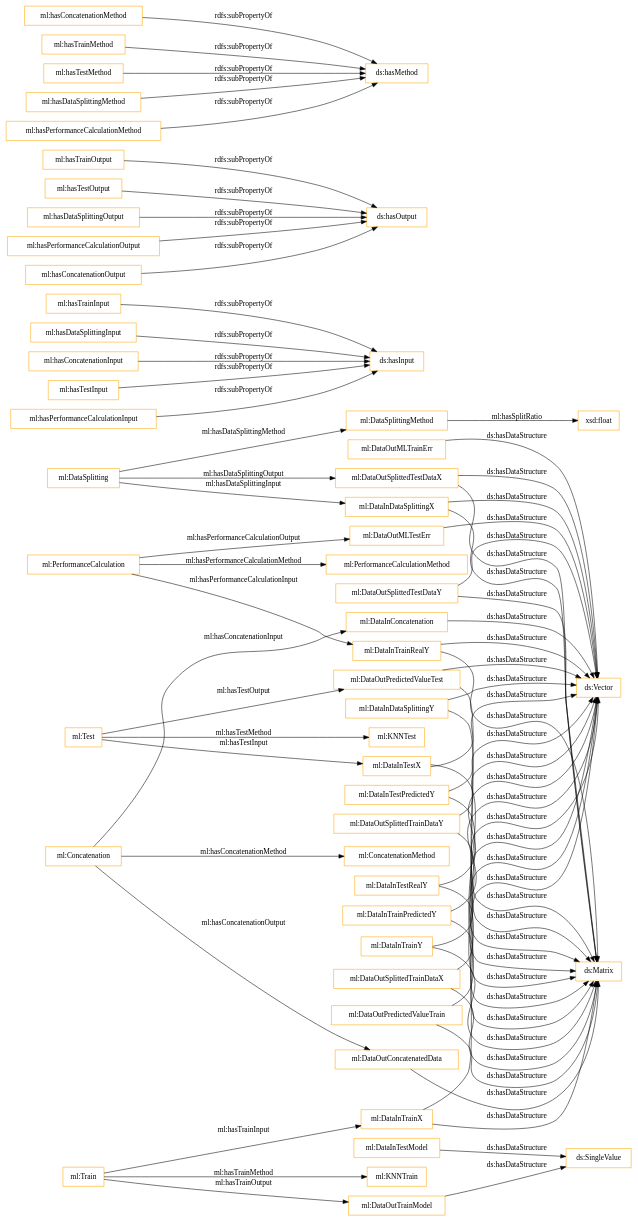
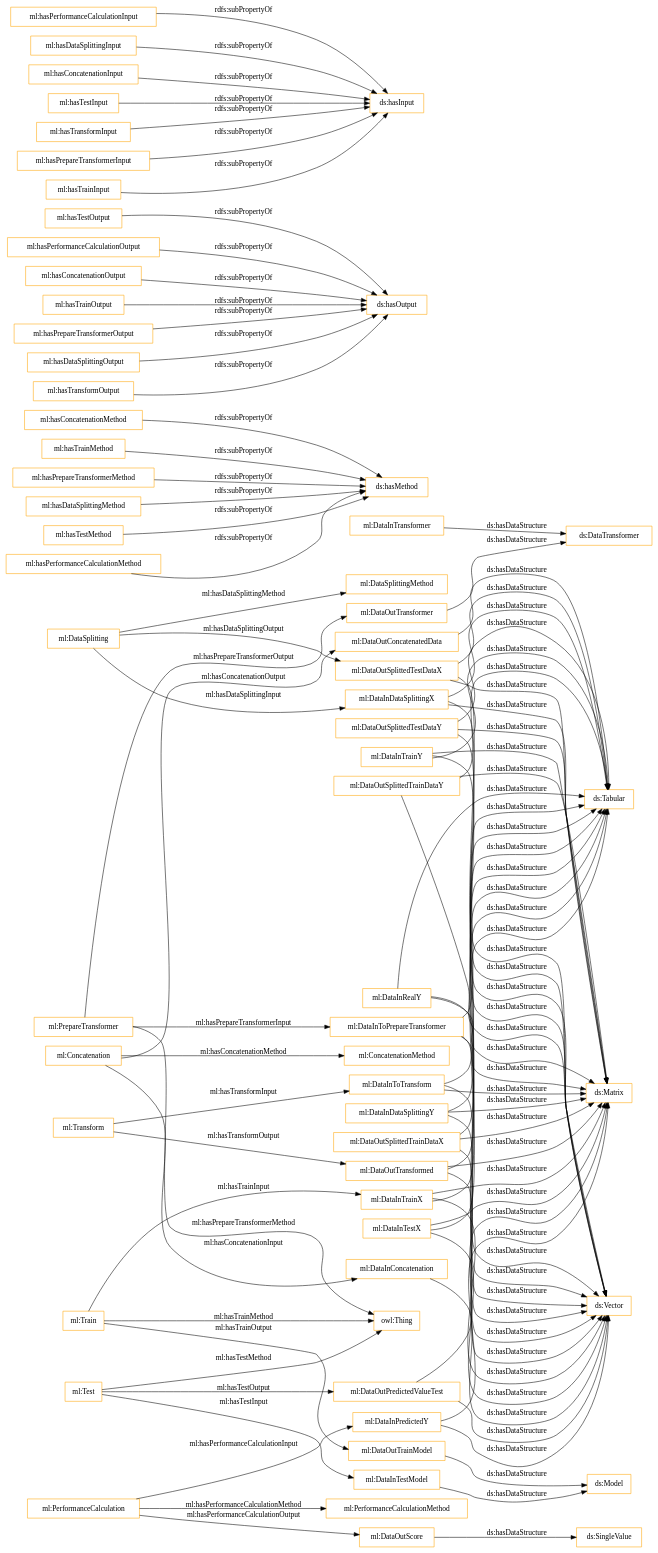
The diagram in OnToology/ml_exeKGOntology.ttl/diagrams/ar2dtool-class/ml_exeKGOntology.ttl.png.dot (nsai-uio/ExeKGOntology), drawn with Graphviz before and after one commit. The commit also changed 63 other files, not shown here.

```diff
--- a/OnToology/ml_exeKGOntology.ttl/diagrams/ar2dtool-class/ml_exeKGOntology.ttl.png.dot
+++ b/OnToology/ml_exeKGOntology.ttl/diagrams/ar2dtool-class/ml_exeKGOntology.ttl.png.dot
@@ -1,73 +1,96 @@
 digraph ar2dtool_diagram { 
 rankdir=LR;
 size="1501"
-node [shape = rectangle, color="orange"]; "ml:DataInTestPredictedY" "ml:DataInDataSplittingY" "ml:DataInTrainY" "ml:DataOutSplittedTestDataX" "ml:PerformanceCalculationMethod" "ml:Concatenation" "ml:ConcatenationMethod" "ml:DataInTestModel" "ml:DataOutPredictedValueTrain" "ml:DataOutMLTrainErr" "ml:DataInTestRealY" "ml:DataInTrainX" "ml:DataOutConcatenatedData" "ml:DataSplitting" "ml:KNNTest" "ml:Test" "ml:DataInDataSplittingX" "ml:DataSplittingMethod" "ml:Train" "ml:PerformanceCalculation" "ml:DataOutTrainModel" "ml:DataOutPredictedValueTest" "ml:DataOutSplittedTrainDataY" "ml:DataOutSplittedTrainDataX" "ml:DataInTestX" "ml:KNNTrain" "ml:DataInTrainPredictedY" "ml:DataOutMLTestErr" "ml:DataOutSplittedTestDataY" "ml:DataInConcatenation" "ml:DataInTrainRealY" ; /*classes style*/
+node [shape = rectangle, color="orange"]; "ml:DataInTransformer" "ml:DataInPredictedY" "ml:Concatenation" "ml:DataInDataSplittingY" "ml:DataInTrainY" "ml:PerformanceCalculationMethod" "ml:DataOutSplittedTestDataX" "ml:ConcatenationMethod" "ml:DataOutScore" "ml:PrepareTransformer" "ml:DataInTestModel" "ml:DataInRealY" "ml:Test" "ml:DataSplitting" "ml:DataOutConcatenatedData" "ml:DataInTrainX" "ml:DataInDataSplittingX" "ml:DataOutTransformed" "ml:DataSplittingMethod" "ml:Train" "ml:PerformanceCalculation" "ml:DataOutTransformer" "ml:DataOutTrainModel" "ml:DataInToTransform" "ml:DataOutPredictedValueTest" "ml:DataOutSplittedTrainDataY" "ml:DataOutSplittedTrainDataX" "ml:DataInToPrepareTransformer" "ml:DataInTestX" "ml:DataOutSplittedTestDataY" "ml:DataInConcatenation" "ml:Transform" ; /*classes style*/
+	"ml:hasConcatenationMethod" -> "ds:hasMethod" [ label = "rdfs:subPropertyOf" ];
+	"ml:DataInTestX" -> "ds:Tabular" [ label = "ds:hasDataStructure" ];
+	"ml:DataInTestX" -> "ds:Vector" [ label = "ds:hasDataStructure" ];
+	"ml:DataInTestX" -> "ds:Matrix" [ label = "ds:hasDataStructure" ];
+	"ml:hasTestOutput" -> "ds:hasOutput" [ label = "rdfs:subPropertyOf" ];
+	"ml:DataOutSplittedTestDataY" -> "ds:Tabular" [ label = "ds:hasDataStructure" ];
+	"ml:DataOutSplittedTestDataY" -> "ds:Vector" [ label = "ds:hasDataStructure" ];
+	"ml:DataOutSplittedTestDataY" -> "ds:Matrix" [ label = "ds:hasDataStructure" ];
+	"ml:DataOutSplittedTrainDataY" -> "ds:Tabular" [ label = "ds:hasDataStructure" ];
+	"ml:DataOutSplittedTrainDataY" -> "ds:Vector" [ label = "ds:hasDataStructure" ];
+	"ml:DataOutSplittedTrainDataY" -> "ds:Matrix" [ label = "ds:hasDataStructure" ];
+	"ml:DataOutPredictedValueTest" -> "ds:Vector" [ label = "ds:hasDataStructure" ];
+	"ml:DataOutPredictedValueTest" -> "ds:Matrix" [ label = "ds:hasDataStructure" ];
+	"ml:hasPerformanceCalculationInput" -> "ds:hasInput" [ label = "rdfs:subPropertyOf" ];
+	"ml:hasPerformanceCalculationOutput" -> "ds:hasOutput" [ label = "rdfs:subPropertyOf" ];
+	"ml:hasDataSplittingInput" -> "ds:hasInput" [ label = "rdfs:subPropertyOf" ];
+	"ml:DataOutSplittedTestDataX" -> "ds:Tabular" [ label = "ds:hasDataStructure" ];
+	"ml:DataOutSplittedTestDataX" -> "ds:Vector" [ label = "ds:hasDataStructure" ];
+	"ml:DataOutSplittedTestDataX" -> "ds:Matrix" [ label = "ds:hasDataStructure" ];
+	"ml:hasTrainMethod" -> "ds:hasMethod" [ label = "rdfs:subPropertyOf" ];
+	"ml:DataOutSplittedTrainDataX" -> "ds:Tabular" [ label = "ds:hasDataStructure" ];
 	"ml:DataOutSplittedTrainDataX" -> "ds:Vector" [ label = "ds:hasDataStructure" ];
 	"ml:DataOutSplittedTrainDataX" -> "ds:Matrix" [ label = "ds:hasDataStructure" ];
-	"ml:DataInTestModel" -> "ds:SingleValue" [ label = "ds:hasDataStructure" ];
-	"ml:hasTrainInput" -> "ds:hasInput" [ label = "rdfs:subPropertyOf" ];
+	"ml:hasConcatenationInput" -> "ds:hasInput" [ label = "rdfs:subPropertyOf" ];
+	"ml:DataInDataSplittingY" -> "ds:Tabular" [ label = "ds:hasDataStructure" ];
+	"ml:DataInDataSplittingY" -> "ds:Vector" [ label = "ds:hasDataStructure" ];
+	"ml:DataInDataSplittingY" -> "ds:Matrix" [ label = "ds:hasDataStructure" ];
+	"ml:DataInTestModel" -> "ds:Model" [ label = "ds:hasDataStructure" ];
+	"ml:hasConcatenationOutput" -> "ds:hasOutput" [ label = "rdfs:subPropertyOf" ];
+	"ml:DataOutTransformer" -> "ds:DataTransformer" [ label = "ds:hasDataStructure" ];
+	"ml:DataInToTransform" -> "ds:Tabular" [ label = "ds:hasDataStructure" ];
+	"ml:DataInToTransform" -> "ds:Vector" [ label = "ds:hasDataStructure" ];
+	"ml:DataInToTransform" -> "ds:Matrix" [ label = "ds:hasDataStructure" ];
+	"ml:hasPrepareTransformerMethod" -> "ds:hasMethod" [ label = "rdfs:subPropertyOf" ];
+	"ml:hasDataSplittingMethod" -> "ds:hasMethod" [ label = "rdfs:subPropertyOf" ];
+	"ml:DataInDataSplittingX" -> "ds:Tabular" [ label = "ds:hasDataStructure" ];
+	"ml:DataInDataSplittingX" -> "ds:Vector" [ label = "ds:hasDataStructure" ];
+	"ml:DataInDataSplittingX" -> "ds:Matrix" [ label = "ds:hasDataStructure" ];
+	"ml:DataInTransformer" -> "ds:DataTransformer" [ label = "ds:hasDataStructure" ];
+	"ml:hasTestInput" -> "ds:hasInput" [ label = "rdfs:subPropertyOf" ];
 	"ml:hasTrainOutput" -> "ds:hasOutput" [ label = "rdfs:subPropertyOf" ];
-	"ml:DataOutTrainModel" -> "ds:SingleValue" [ label = "ds:hasDataStructure" ];
+	"ml:DataOutScore" -> "ds:SingleValue" [ label = "ds:hasDataStructure" ];
+	"ml:DataInConcatenation" -> "ds:Vector" [ label = "ds:hasDataStructure" ];
+	"ml:DataInTrainY" -> "ds:Tabular" [ label = "ds:hasDataStructure" ];
+	"ml:DataInTrainY" -> "ds:Vector" [ label = "ds:hasDataStructure" ];
+	"ml:DataInTrainY" -> "ds:Matrix" [ label = "ds:hasDataStructure" ];
+	"ml:hasTransformInput" -> "ds:hasInput" [ label = "rdfs:subPropertyOf" ];
+	"ml:hasTestMethod" -> "ds:hasMethod" [ label = "rdfs:subPropertyOf" ];
+	"ml:DataInToPrepareTransformer" -> "ds:Tabular" [ label = "ds:hasDataStructure" ];
+	"ml:DataInToPrepareTransformer" -> "ds:Vector" [ label = "ds:hasDataStructure" ];
+	"ml:DataInToPrepareTransformer" -> "ds:Matrix" [ label = "ds:hasDataStructure" ];
+	"ml:DataOutTrainModel" -> "ds:Model" [ label = "ds:hasDataStructure" ];
+	"ml:hasPerformanceCalculationMethod" -> "ds:hasMethod" [ label = "rdfs:subPropertyOf" ];
+	"ml:DataInTrainX" -> "ds:Tabular" [ label = "ds:hasDataStructure" ];
 	"ml:DataInTrainX" -> "ds:Vector" [ label = "ds:hasDataStructure" ];
 	"ml:DataInTrainX" -> "ds:Matrix" [ label = "ds:hasDataStructure" ];
-	"ml:hasTestOutput" -> "ds:hasOutput" [ label = "rdfs:subPropertyOf" ];
-	"ml:DataOutSplittedTestDataY" -> "ds:Vector" [ label = "ds:hasDataStructure" ];
-	"ml:DataOutSplittedTestDataY" -> "ds:Matrix" [ label = "ds:hasDataStructure" ];
-	"ml:DataInDataSplittingY" -> "ds:Vector" [ label = "ds:hasDataStructure" ];
-	"ml:DataInDataSplittingY" -> "ds:Matrix" [ label = "ds:hasDataStructure" ];
-	"ml:DataInTrainPredictedY" -> "ds:Vector" [ label = "ds:hasDataStructure" ];
-	"ml:DataInTrainPredictedY" -> "ds:Matrix" [ label = "ds:hasDataStructure" ];
-	"ml:hasConcatenationMethod" -> "ds:hasMethod" [ label = "rdfs:subPropertyOf" ];
+	"ml:hasPrepareTransformerInput" -> "ds:hasInput" [ label = "rdfs:subPropertyOf" ];
+	"ml:DataOutTransformed" -> "ds:Tabular" [ label = "ds:hasDataStructure" ];
+	"ml:DataOutTransformed" -> "ds:Vector" [ label = "ds:hasDataStructure" ];
+	"ml:DataOutTransformed" -> "ds:Matrix" [ label = "ds:hasDataStructure" ];
+	"ml:hasTrainInput" -> "ds:hasInput" [ label = "rdfs:subPropertyOf" ];
+	"ml:hasPrepareTransformerOutput" -> "ds:hasOutput" [ label = "rdfs:subPropertyOf" ];
 	"ml:hasDataSplittingOutput" -> "ds:hasOutput" [ label = "rdfs:subPropertyOf" ];
-	"ml:DataOutSplittedTestDataX" -> "ds:Vector" [ label = "ds:hasDataStructure" ];
-	"ml:DataOutSplittedTestDataX" -> "ds:Matrix" [ label = "ds:hasDataStructure" ];
-	"ml:DataInDataSplittingX" -> "ds:Vector" [ label = "ds:hasDataStructure" ];
-	"ml:DataInDataSplittingX" -> "ds:Matrix" [ label = "ds:hasDataStructure" ];
-	"ml:hasTrainMethod" -> "ds:hasMethod" [ label = "rdfs:subPropertyOf" ];
-	"ml:DataInTestX" -> "ds:Vector" [ label = "ds:hasDataStructure" ];
-	"ml:DataInTestX" -> "ds:Matrix" [ label = "ds:hasDataStructure" ];
-	"ml:DataInConcatenation" -> "ds:Vector" [ label = "ds:hasDataStructure" ];
-	"ml:hasPerformanceCalculationOutput" -> "ds:hasOutput" [ label = "rdfs:subPropertyOf" ];
-	"ml:DataOutPredictedValueTest" -> "ds:Vector" [ label = "ds:hasDataStructure" ];
-	"ml:DataOutPredictedValueTest" -> "ds:Matrix" [ label = "ds:hasDataStructure" ];
-	"ml:hasTestMethod" -> "ds:hasMethod" [ label = "rdfs:subPropertyOf" ];
-	"ml:DataInTestRealY" -> "ds:Vector" [ label = "ds:hasDataStructure" ];
-	"ml:DataInTestRealY" -> "ds:Matrix" [ label = "ds:hasDataStructure" ];
-	"ml:hasDataSplittingMethod" -> "ds:hasMethod" [ label = "rdfs:subPropertyOf" ];
-	"ml:DataInTrainRealY" -> "ds:Vector" [ label = "ds:hasDataStructure" ];
-	"ml:DataInTrainRealY" -> "ds:Matrix" [ label = "ds:hasDataStructure" ];
-	"ml:hasDataSplittingInput" -> "ds:hasInput" [ label = "rdfs:subPropertyOf" ];
-	"ml:hasConcatenationInput" -> "ds:hasInput" [ label = "rdfs:subPropertyOf" ];
-	"ml:DataOutMLTrainErr" -> "ds:Vector" [ label = "ds:hasDataStructure" ];
-	"ml:hasPerformanceCalculationMethod" -> "ds:hasMethod" [ label = "rdfs:subPropertyOf" ];
-	"ml:DataOutPredictedValueTrain" -> "ds:Vector" [ label = "ds:hasDataStructure" ];
-	"ml:DataOutPredictedValueTrain" -> "ds:Matrix" [ label = "ds:hasDataStructure" ];
-	"ml:DataInTestPredictedY" -> "ds:Vector" [ label = "ds:hasDataStructure" ];
-	"ml:DataInTestPredictedY" -> "ds:Matrix" [ label = "ds:hasDataStructure" ];
-	"ml:DataOutConcatenatedData" -> "ds:Matrix" [ label = "ds:hasDataStructure" ];
-	"ml:DataOutSplittedTrainDataY" -> "ds:Vector" [ label = "ds:hasDataStructure" ];
-	"ml:DataOutSplittedTrainDataY" -> "ds:Matrix" [ label = "ds:hasDataStructure" ];
-	"ml:hasTestInput" -> "ds:hasInput" [ label = "rdfs:subPropertyOf" ];
-	"ml:DataInTrainY" -> "ds:Vector" [ label = "ds:hasDataStructure" ];
-	"ml:DataInTrainY" -> "ds:Matrix" [ label = "ds:hasDataStructure" ];
-	"ml:hasPerformanceCalculationInput" -> "ds:hasInput" [ label = "rdfs:subPropertyOf" ];
-	"ml:hasConcatenationOutput" -> "ds:hasOutput" [ label = "rdfs:subPropertyOf" ];
-	"ml:DataOutMLTestErr" -> "ds:Vector" [ label = "ds:hasDataStructure" ];
-	"ml:Train" -> "ml:DataOutTrainModel" [ label = "ml:hasTrainOutput" ];
+	"ml:DataInPredictedY" -> "ds:Vector" [ label = "ds:hasDataStructure" ];
+	"ml:DataInPredictedY" -> "ds:Matrix" [ label = "ds:hasDataStructure" ];
+	"ml:DataOutConcatenatedData" -> "ds:Tabular" [ label = "ds:hasDataStructure" ];
+	"ml:hasTransformOutput" -> "ds:hasOutput" [ label = "rdfs:subPropertyOf" ];
+	"ml:DataInRealY" -> "ds:Tabular" [ label = "ds:hasDataStructure" ];
+	"ml:DataInRealY" -> "ds:Vector" [ label = "ds:hasDataStructure" ];
+	"ml:DataInRealY" -> "ds:Matrix" [ label = "ds:hasDataStructure" ];
+	"ml:Transform" -> "ml:DataInToTransform" [ label = "ml:hasTransformInput" ];
 	"ml:Test" -> "ml:DataOutPredictedValueTest" [ label = "ml:hasTestOutput" ];
 	"ml:Concatenation" -> "ml:DataInConcatenation" [ label = "ml:hasConcatenationInput" ];
+	"ml:Train" -> "ml:DataOutTrainModel" [ label = "ml:hasTrainOutput" ];
+	"ml:PrepareTransformer" -> "ml:DataOutTransformer" [ label = "ml:hasPrepareTransformerOutput" ];
 	"ml:PerformanceCalculation" -> "ml:PerformanceCalculationMethod" [ label = "ml:hasPerformanceCalculationMethod" ];
-	"ml:Test" -> "ml:KNNTest" [ label = "ml:hasTestMethod" ];
-	"ml:PerformanceCalculation" -> "ml:DataOutMLTestErr" [ label = "ml:hasPerformanceCalculationOutput" ];
+	"ml:Test" -> "owl:Thing" [ label = "ml:hasTestMethod" ];
+	"ml:PrepareTransformer" -> "owl:Thing" [ label = "ml:hasPrepareTransformerMethod" ];
+	"ml:PrepareTransformer" -> "ml:DataInToPrepareTransformer" [ label = "ml:hasPrepareTransformerInput" ];
+	"ml:PerformanceCalculation" -> "ml:DataOutScore" [ label = "ml:hasPerformanceCalculationOutput" ];
 	"ml:DataSplitting" -> "ml:DataSplittingMethod" [ label = "ml:hasDataSplittingMethod" ];
-	"ml:Test" -> "ml:DataInTestX" [ label = "ml:hasTestInput" ];
+	"ml:Test" -> "ml:DataInTestModel" [ label = "ml:hasTestInput" ];
 	"ml:Concatenation" -> "ml:ConcatenationMethod" [ label = "ml:hasConcatenationMethod" ];
 	"ml:DataSplitting" -> "ml:DataOutSplittedTestDataX" [ label = "ml:hasDataSplittingOutput" ];
-	"ml:PerformanceCalculation" -> "ml:DataInTrainRealY" [ label = "ml:hasPerformanceCalculationInput" ];
-	"ml:Train" -> "ml:KNNTrain" [ label = "ml:hasTrainMethod" ];
+	"ml:PerformanceCalculation" -> "ml:DataInPredictedY" [ label = "ml:hasPerformanceCalculationInput" ];
+	"ml:Train" -> "owl:Thing" [ label = "ml:hasTrainMethod" ];
 	"ml:DataSplitting" -> "ml:DataInDataSplittingX" [ label = "ml:hasDataSplittingInput" ];
 	"ml:Concatenation" -> "ml:DataOutConcatenatedData" [ label = "ml:hasConcatenationOutput" ];
+	"ml:Transform" -> "ml:DataOutTransformed" [ label = "ml:hasTransformOutput" ];
 	"ml:Train" -> "ml:DataInTrainX" [ label = "ml:hasTrainInput" ];
-	"ml:DataSplittingMethod" -> "xsd:float" [ label = "ml:hasSplitRatio" ];
 
 }
```
